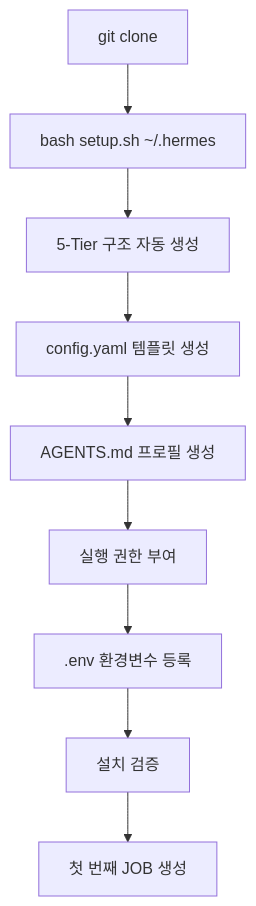
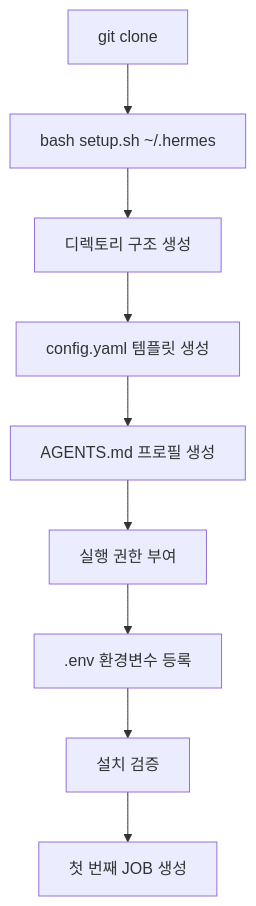
One commit to pheanor-agent/p-hermes changed the diagram in docs/wiki/getting-started/install.md. Above: the diagram before and after it, drawn with Mermaid. The commit also changed other lines of this file and 25 other files, not shown here.

````diff
--- a/docs/wiki/getting-started/install.md
+++ b/docs/wiki/getting-started/install.md
@@ -99,11 +89,11 @@
 ```mermaid
 graph TD
     A[git clone] --> B[bash setup.sh ~/.hermes]
-    B --> C[5-Tier 구조 자동 생성]
+    B --> C[디렉토리 구조 생성]
     C --> D[config.yaml 템플릿 생성]
     D --> E[AGENTS.md 프로필 생성]
     E --> F[실행 권한 부여]
     F --> G[.env 환경변수 등록]
     G --> H[설치 검증]
     H --> I[첫 번째 JOB 생성]
 ```
````
